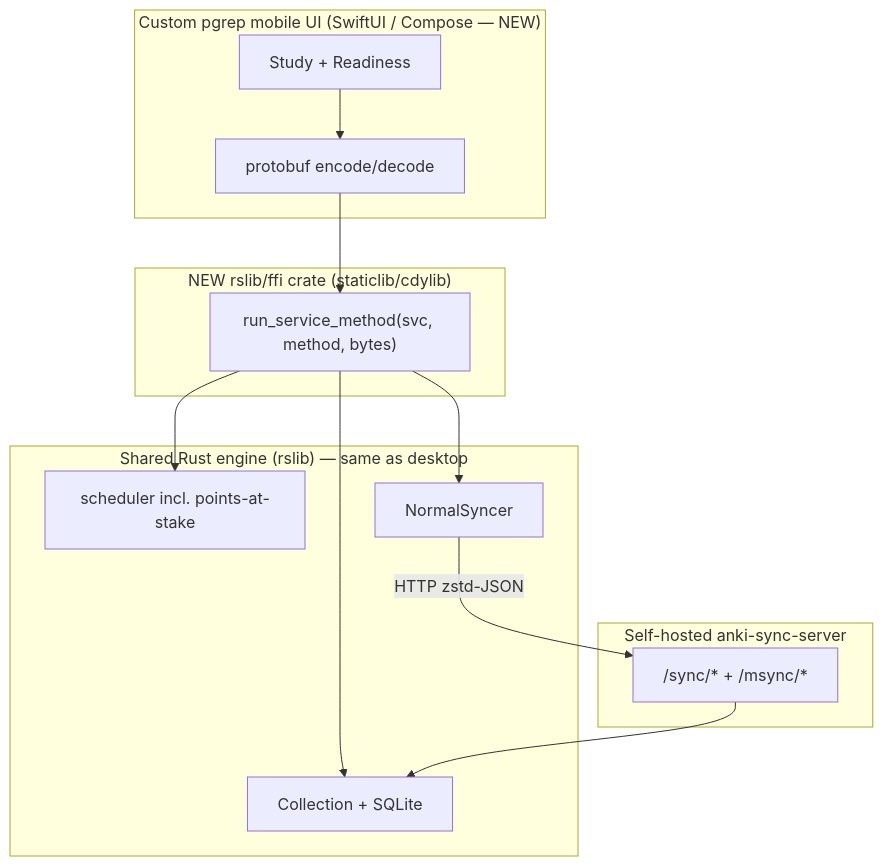
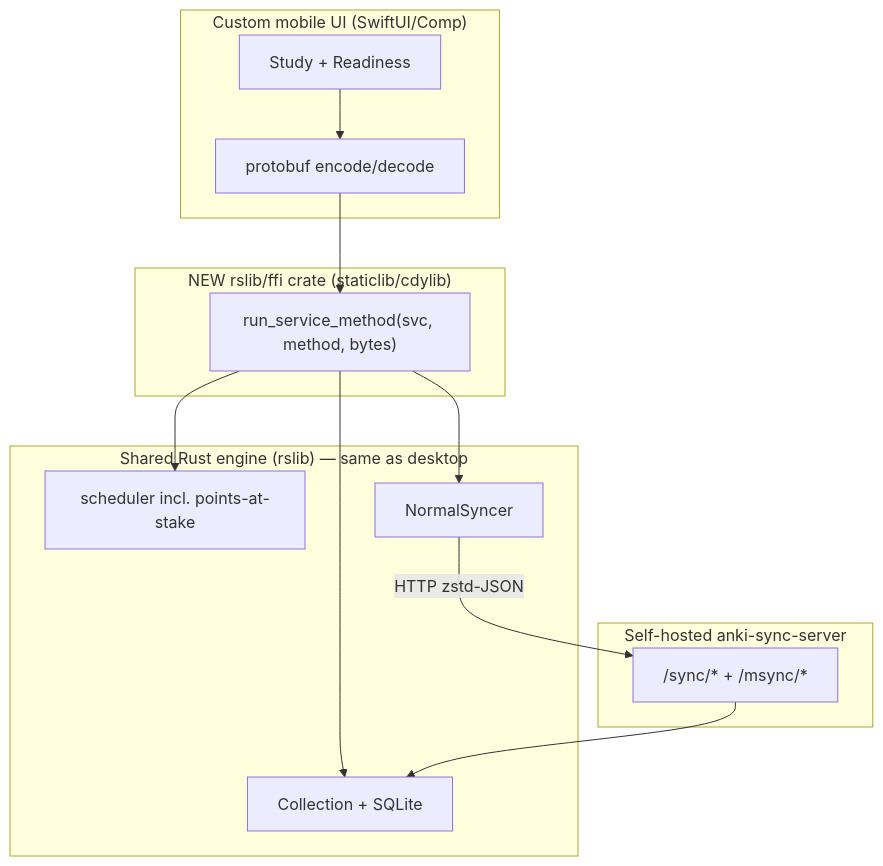
Before and after one commit to philote-dev/inka: the first of 3 diagrams in docs_pgrep/research/technical-architecture.md, drawn with Mermaid. The commit also changed other lines of this file and 17 other files, not shown here.

````diff
--- a/docs_pgrep/research/technical-architecture.md
+++ b/docs_pgrep/research/technical-architecture.md
@@ -54,22 +54,22 @@
 ```mermaid
 flowchart TB
-    subgraph mobile ["Custom pgrep mobile UI (SwiftUI / Compose — NEW)"]
+    subgraph mobile ["Custom mobile UI (SwiftUI/Comp)"]
         UI[Study + Readiness]
         PB[protobuf encode/decode]
     end
     subgraph ffi ["NEW rslib/ffi crate (staticlib/cdylib)"]
         RSM["run_service_method(svc, method, bytes)"]
     end
     subgraph engine ["Shared Rust engine (rslib) — same as desktop"]
         COL[Collection + SQLite]
         SCHED[scheduler incl. points-at-stake]
         SYNC[NormalSyncer]
     end
     subgraph server ["Self-hosted anki-sync-server"]
         R["/sync/* + /msync/*"]
     end
     UI --> PB --> RSM --> COL
     RSM --> SCHED
     RSM --> SYNC -->|HTTP zstd-JSON| R
     R --> COL
 ```
````
